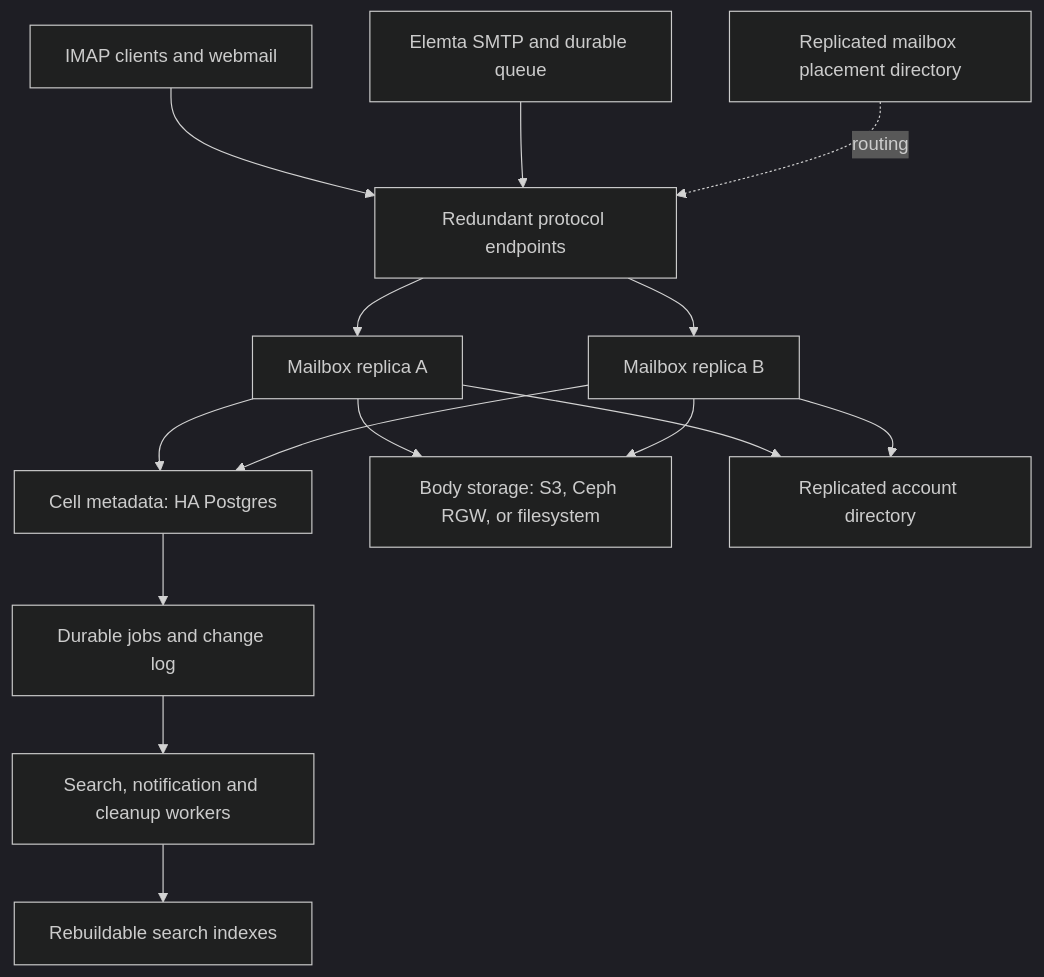
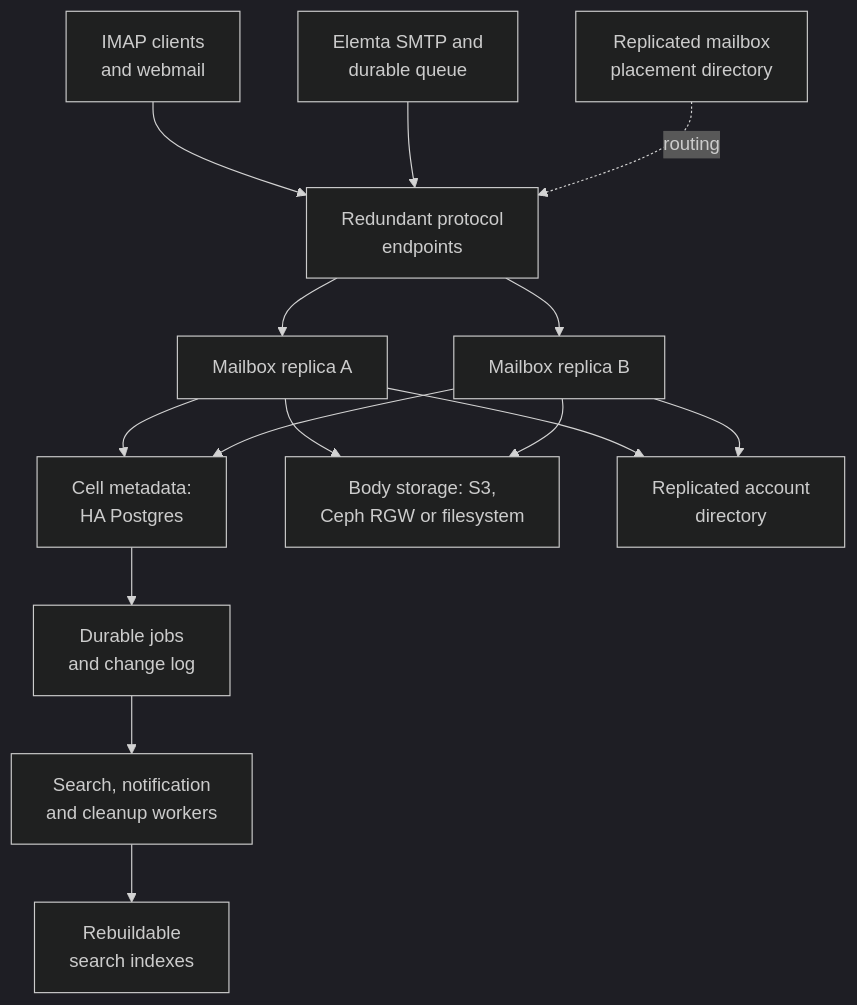
One commit to EvalAlan/elemta changed the diagram in docs/diagrams/mailbox-engine-target.mmd. Above: the diagram before and after it, drawn with Mermaid (dark theme). The commit also changed 18 other files, not shown here.

First line of the commit message:
Docs: redraw the diagrams to read top to bottom

```diff
--- a/docs/diagrams/mailbox-engine-target.mmd
+++ b/docs/diagrams/mailbox-engine-target.mmd
@@ -1,15 +1,15 @@
 flowchart TB
-    clients[IMAP clients and webmail] --> edge[Redundant protocol endpoints]
-    smtp[Elemta SMTP and durable queue] --> edge
+    clients["IMAP clients<br/>and webmail"] --> edge["Redundant protocol<br/>endpoints"]
+    smtp["Elemta SMTP and<br/>durable queue"] --> edge
     edge --> a[Mailbox replica A]
     edge --> b[Mailbox replica B]
-    a --> meta[Cell metadata: HA Postgres]
+    a --> meta["Cell metadata:<br/>HA Postgres"]
     b --> meta
-    a --> body[Body storage: S3, Ceph RGW, or filesystem]
+    a --> body["Body storage: S3,<br/>Ceph RGW or filesystem"]
     b --> body
-    a --> auth[Replicated account directory]
+    a --> auth["Replicated account<br/>directory"]
     b --> auth
-    meta --> jobs[Durable jobs and change log]
-    jobs --> workers[Search, notification and cleanup workers]
-    workers --> search[Rebuildable search indexes]
-    placement[Replicated mailbox placement directory] -. routing .-> edge
+    meta --> jobs["Durable jobs<br/>and change log"]
+    jobs --> workers["Search, notification<br/>and cleanup workers"]
+    workers --> search["Rebuildable<br/>search indexes"]
+    placement["Replicated mailbox<br/>placement directory"] -. routing .-> edge
```
